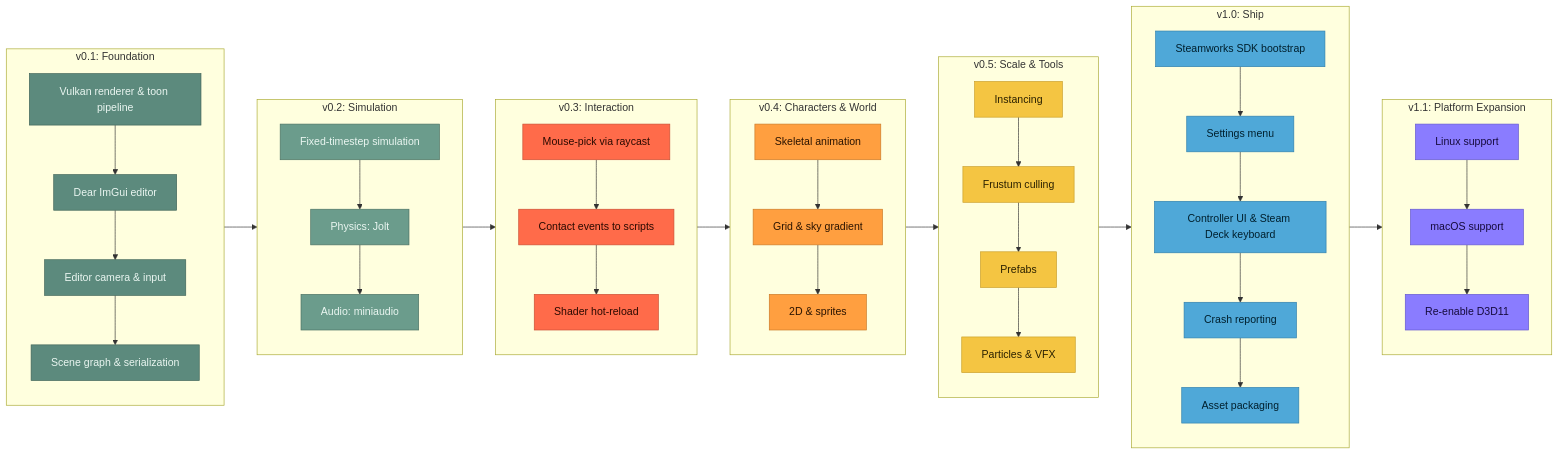
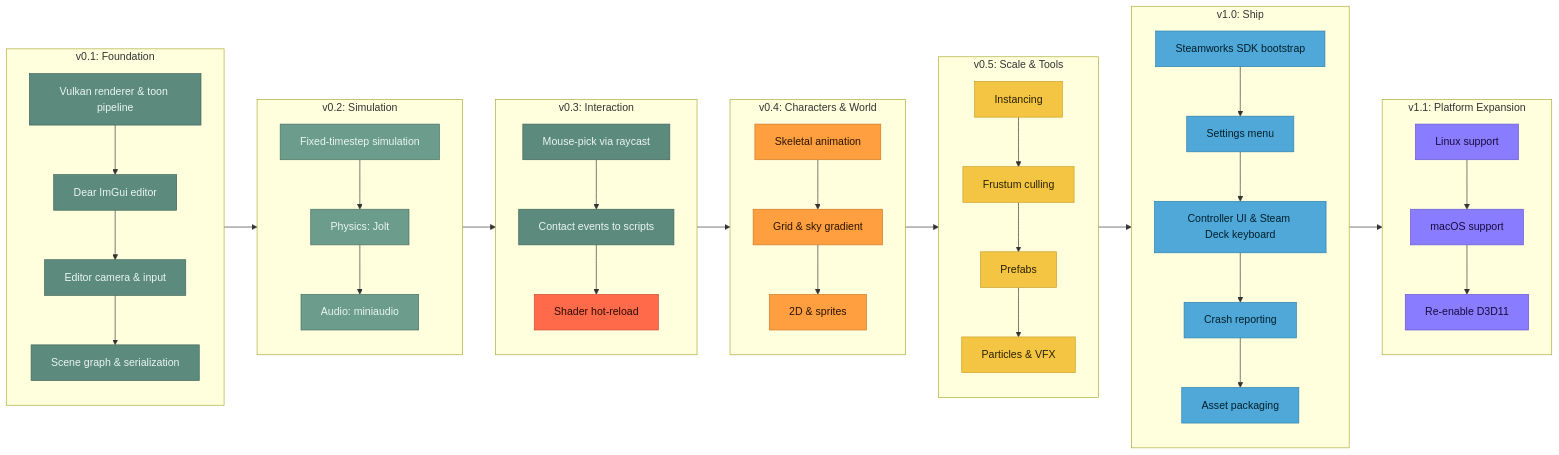
The diagram in README.md (skylotus-studios/ToonEngine), drawn with Mermaid before and after one commit. The commit also changed 6 other files, not shown here.

First line of the commit message:
Reorganize MEMORY.md by topic; add ARCHIVE.md; sync roadmap/skills docs

````diff
--- a/README.md
+++ b/README.md
@@ -118,80 +118,82 @@
 ```mermaid
 flowchart LR
   subgraph V01["v0.1: Foundation"]
     direction TB
     S1["Vulkan renderer &amp; toon pipeline"]
     S2["Dear ImGui editor"]
     S3["Editor camera &amp; input"]
     S4["Scene graph &amp; serialization"]
     S1 --> S2 --> S3 --> S4
   end
 
   subgraph V02["v0.2: Simulation"]
     direction TB
     S5["Fixed-timestep simulation"]
     S6["Physics: Jolt"]
     S7["Audio: miniaudio"]
     S5 --> S6 --> S7
   end
 
   subgraph V03["v0.3: Interaction"]
     direction TB
-    N8["Mouse-pick via raycast"]
-    N9["Contact events to scripts"]
+    S8["Mouse-pick via raycast"]
+    S9["Contact events to scripts"]
     N10["Shader hot-reload"]
-    N8 --> N9 --> N10
+    S8 --> S9 --> N10
   end
 
   subgraph V04["v0.4: Characters &amp; World"]
     direction TB
     N11["Skeletal animation"]
     N12["Grid &amp; sky gradient"]
     N13["2D &amp; sprites"]
     N11 --> N12 --> N13
   end
 
   subgraph V05["v0.5: Scale &amp; Tools"]
     direction TB
     N14["Instancing"]
     N15["Frustum culling"]
     N16["Prefabs"]
     N17["Particles &amp; VFX"]
     N14 --> N15 --> N16 --> N17
   end
 
   subgraph V10["v1.0: Ship"]
     direction TB
     N18["Steamworks SDK bootstrap"]
     N19["Settings menu"]
     N20["Controller UI &amp; Steam Deck keyboard"]
     N21["Crash reporting"]
     N22["Asset packaging"]
     N18 --> N19 --> N20 --> N21 --> N22
   end
 
   subgraph V11["v1.1: Platform Expansion"]
     direction TB
     N23["Linux support"]
     N24["macOS support"]
     N25["Re-enable D3D11"]
     N23 --> N24 --> N25
   end
 
   V01 --> V02 --> V03 --> V04 --> V05 --> V10 --> V11
 
   classDef v01 fill:#5C8A7D,stroke:#3f6357,color:#EAF6F1;
   classDef v02 fill:#6B9C8C,stroke:#4a7062,color:#EAF6F1;
   classDef v03 fill:#FF6B4A,stroke:#c94e33,color:#2B0A00;
   classDef v04 fill:#FF9F40,stroke:#c97927,color:#2B1400;
   classDef v05 fill:#F4C542,stroke:#c99e28,color:#2B2100;
   classDef v10 fill:#4FA8D8,stroke:#2f7fac,color:#00202E;
   classDef v11 fill:#8A7CFF,stroke:#6357cc,color:#160B3E;
+  classDef shipped fill:#5C8A7D,stroke:#3f6357,color:#EAF6F1;
 
   class S1,S2,S3,S4 v01
   class S5,S6,S7 v02
-  class N8,N9,N10 v03
+  class S8,S9 shipped
+  class N10 v03
   class N11,N12,N13 v04
   class N14,N15,N16,N17 v05
   class N18,N19,N20,N21,N22 v10
   class N23,N24,N25 v11
 ```
````
